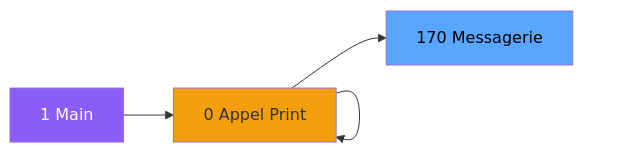
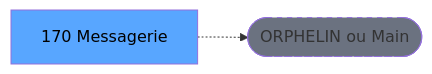
Before and after one commit to thonyAGP/lecteur-magic: the second of 3 diagrams in .openspec/renders/ADH-IDE-170.md, drawn with Mermaid. The commit also changed other lines of this file and 701 other files, not shown here.

````diff
--- a/.openspec/renders/ADH-IDE-170.md
+++ b/.openspec/renders/ADH-IDE-170.md
@@ -117,23 +124,8 @@
 ```mermaid
 graph LR
-    M[1 Main]
-    N0[0 Histo ventes]
-    N0[0 Transaction ]
-    N0[0 Histo ventes]
-    N0[0 Transaction ]
-    N0[0 Appel Print ]
     T[170 Messagerie]
-    M --> N0
-    N0 --> N0
-    N0 --> N0
-    N0 --> N0
-    N0 --> N0
-    N0 --> T
-    style M fill:#8b5cf6,color:#fff
-    style N0 fill:#f59e0b
-    style N0 fill:#f59e0b
-    style N0 fill:#f59e0b
-    style N0 fill:#f59e0b
-    style N0 fill:#f59e0b
+    ORPHAN([ORPHELIN ou Main])
+    T -.-> ORPHAN
     style T fill:#58a6ff,color:#000
+    style ORPHAN fill:#6b7280,stroke-dasharray: 5 5
 ```
````
